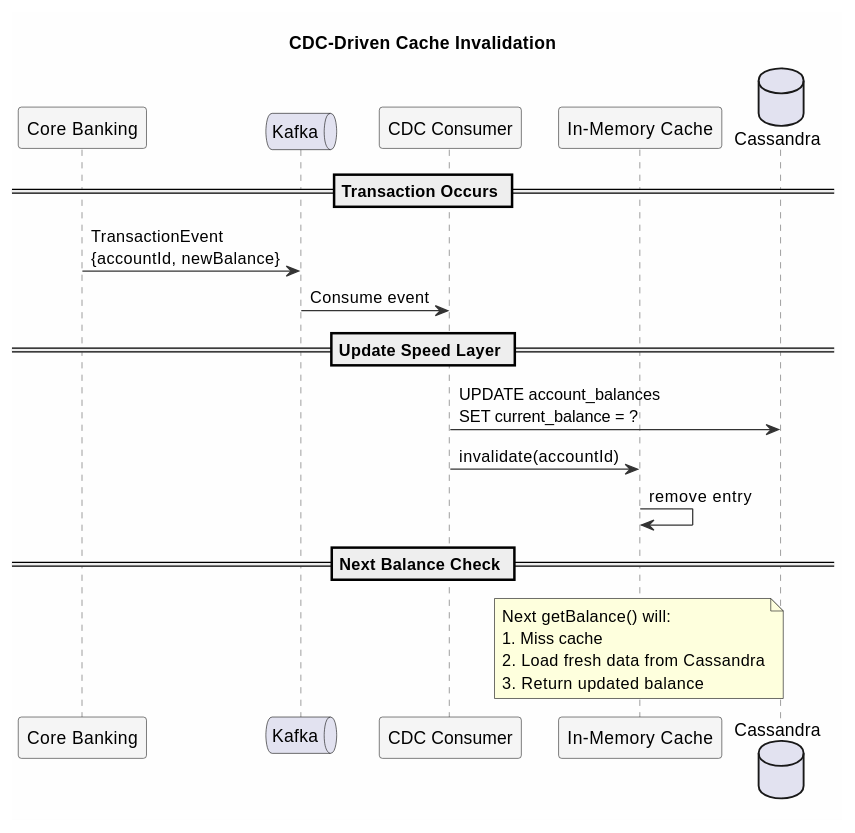
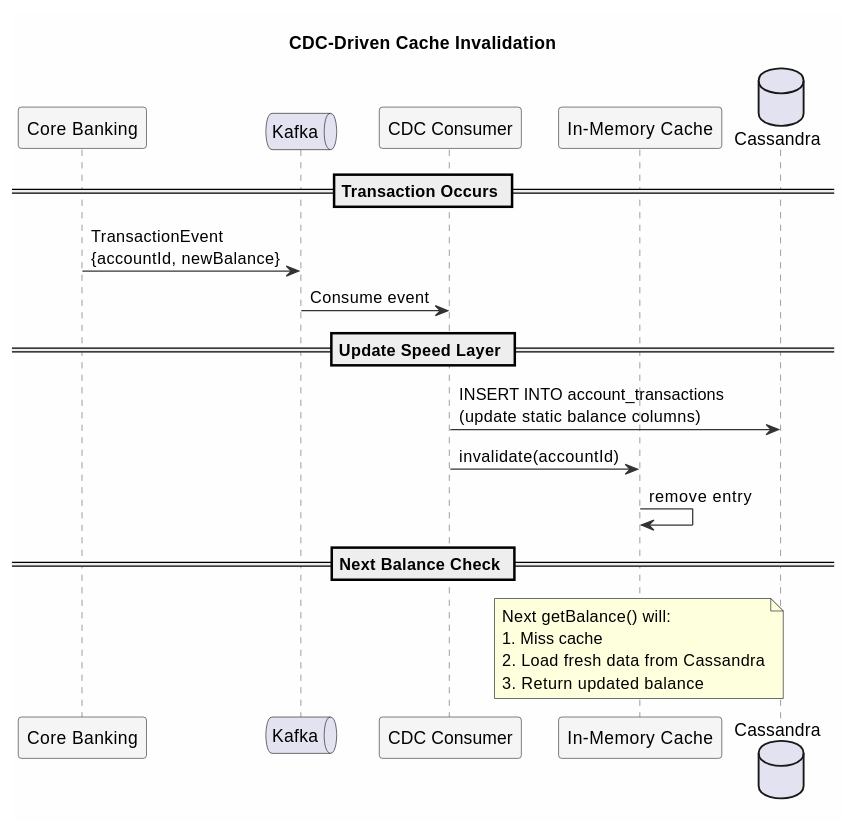
Before and after one commit to axonops/documentation: the sixth of 12 diagrams in docs/data-platforms/cassandra/application-development/patterns/speed-layer.md, drawn with PlantUML. The commit also changed other lines of this file and 262 other files, not shown here.

````diff
--- a/docs/data-platforms/cassandra/application-development/patterns/speed-layer.md
+++ b/docs/data-platforms/cassandra/application-development/patterns/speed-layer.md
@@ -482,37 +481,37 @@
 ```plantuml
 @startuml
 skinparam backgroundColor #FEFEFE
 skinparam sequence {
     ArrowColor #333333
     LifeLineBorderColor #666666
     ParticipantBackgroundColor #F5F5F5
     ParticipantBorderColor #333333
 }
 
 title CDC-Driven Cache Invalidation
 
 participant "Core Banking" as core
 queue "Kafka" as kafka
 participant "CDC Consumer" as cdc
 participant "In-Memory Cache" as cache
 database "Cassandra" as cass
 
 == Transaction Occurs ==
 core -> kafka : TransactionEvent\n{accountId, newBalance}
 kafka -> cdc : Consume event
 
 == Update Speed Layer ==
-cdc -> cass : UPDATE account_balances\nSET current_balance = ?
+cdc -> cass : INSERT INTO account_transactions\n(update static balance columns)
 cdc -> cache : invalidate(accountId)
 cache -> cache : remove entry
 
 == Next Balance Check ==
 note over cache
 Next getBalance() will:
 1. Miss cache
 2. Load fresh data from Cassandra
 3. Return updated balance
 end note
 
 @enduml
 ```
````
